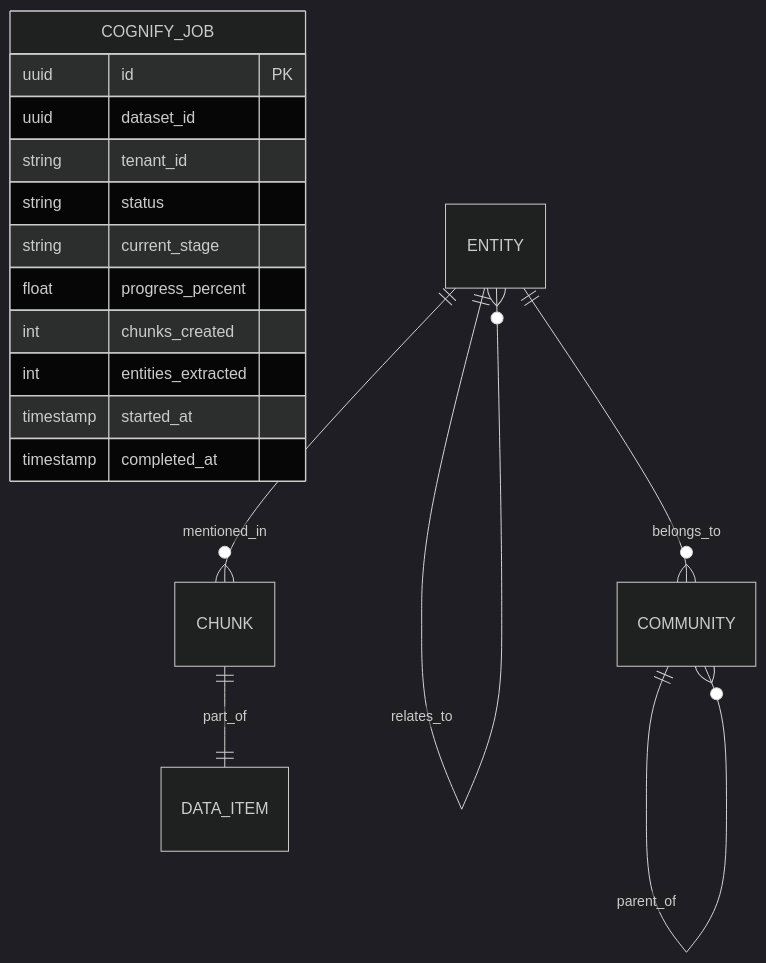
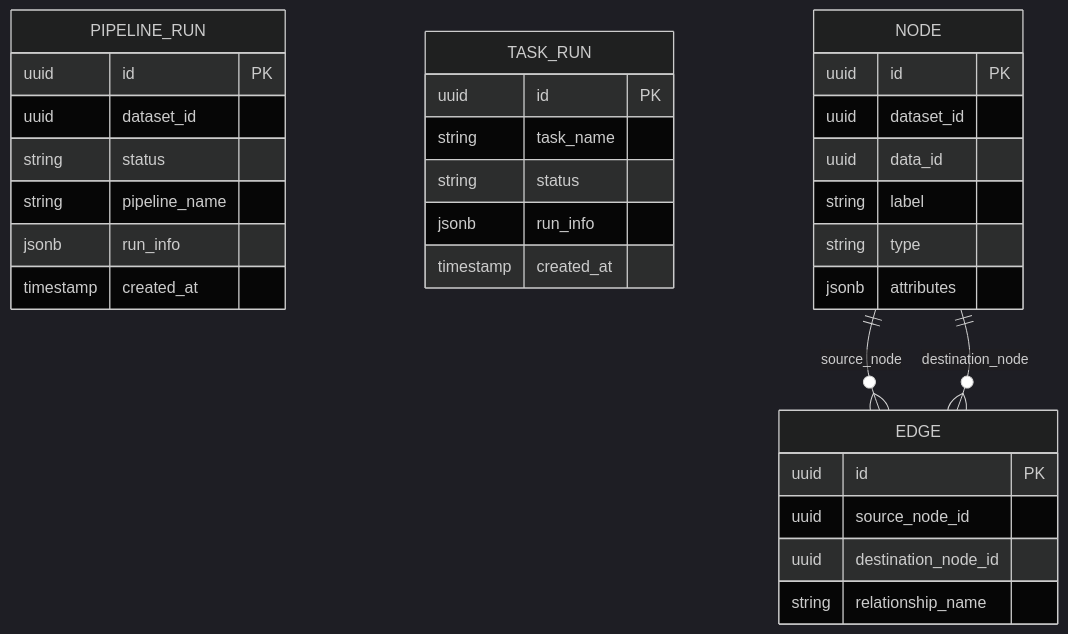
The diagram in services/cognee-cognify/docs/data-model.md (blcvn/knowledge-gateway), drawn with Mermaid (dark theme) before and after one commit. The commit also changed other lines of this file and 1253 other files, not shown here.

````diff
--- a/services/cognee-cognify/docs/data-model.md
+++ b/services/cognee-cognify/docs/data-model.md
@@ -85,20 +72,34 @@
 ```mermaid
 erDiagram
-    COGNIFY_JOB {
+    PIPELINE_RUN {
         uuid id PK
         uuid dataset_id
-        string tenant_id
         string status
-        string current_stage
-        float progress_percent
-        int chunks_created
-        int entities_extracted
-        timestamp started_at
-        timestamp completed_at
+        string pipeline_name
+        jsonb run_info
+        timestamp created_at
     }
-    ENTITY ||--o{ CHUNK : "mentioned_in"
-    ENTITY ||--o{ COMMUNITY : "belongs_to"
-    CHUNK ||--|| DATA_ITEM : "part_of"
-    ENTITY ||--o{ ENTITY : "relates_to"
-    COMMUNITY ||--o{ COMMUNITY : "parent_of"
+    TASK_RUN {
+        uuid id PK
+        string task_name
+        string status
+        jsonb run_info
+        timestamp created_at
+    }
+    NODE ||--o{ EDGE : "source_node"
+    NODE ||--o{ EDGE : "destination_node"
+    NODE {
+        uuid id PK
+        uuid dataset_id
+        uuid data_id
+        string label
+        string type
+        jsonb attributes
+    }
+    EDGE {
+        uuid id PK
+        uuid source_node_id
+        uuid destination_node_id
+        string relationship_name
+    }
 ```
````
